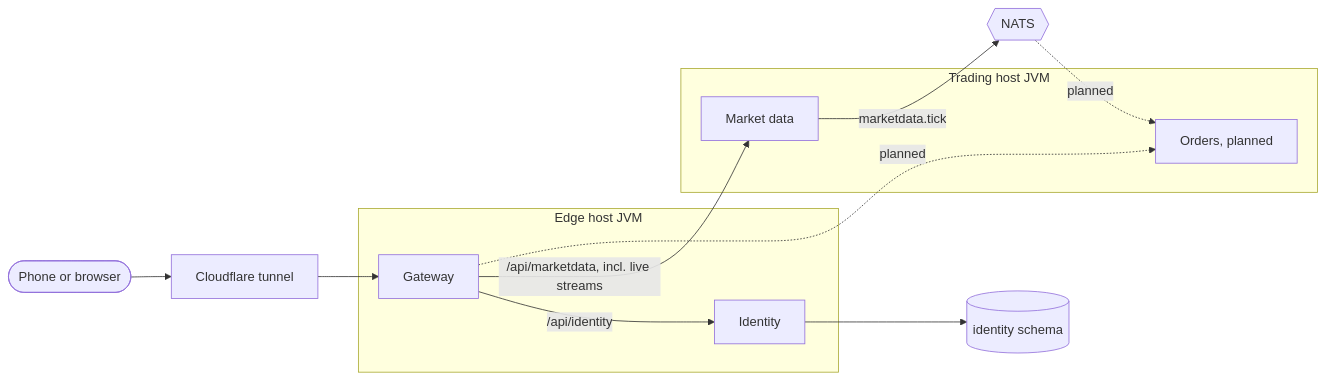
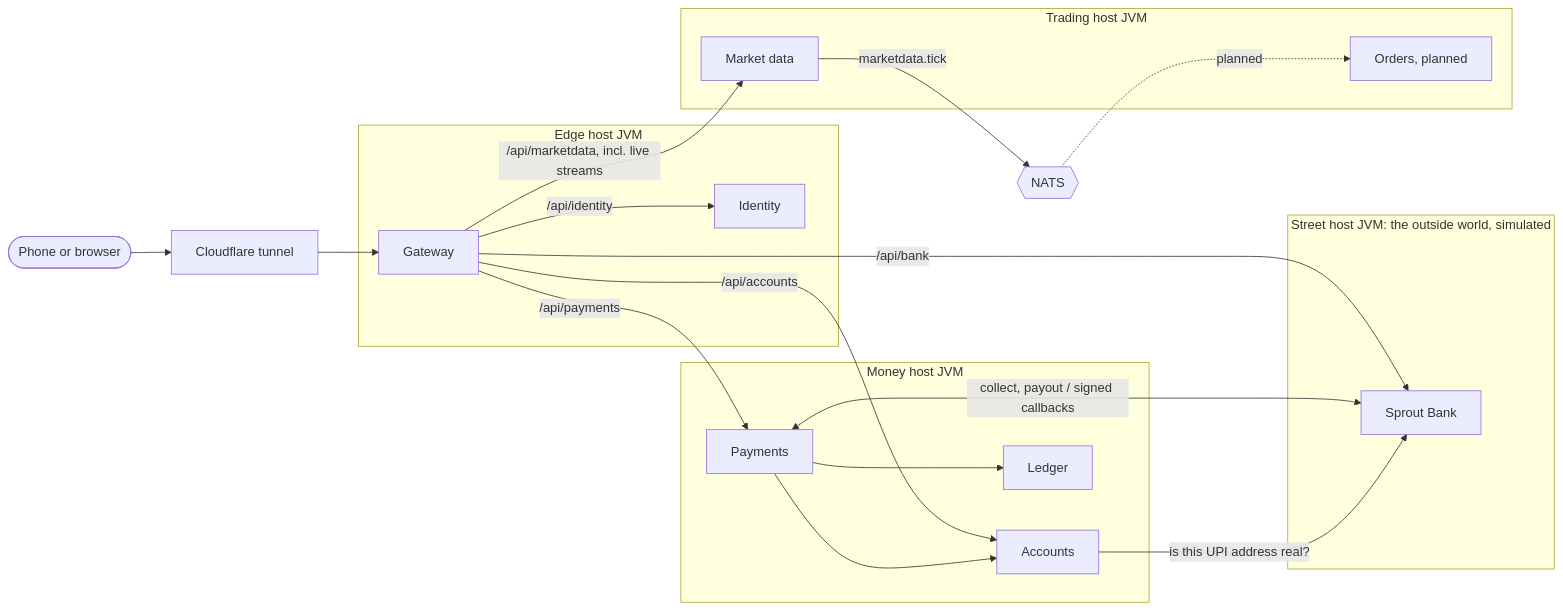
Before and after one commit to SaiNayakk/sprout-platform: the first of 3 diagrams in docs/architecture.md, drawn with Mermaid. The commit also changed other lines of this file and 50 other files, not shown here.

First line of the commit message:
Phase 2: money in and out, money and street hosts, CHAOS-04/05, RECON-01

````diff
--- a/docs/architecture.md
+++ b/docs/architecture.md
@@ -9,19 +9,32 @@
 ```mermaid
 flowchart LR
   user([Phone or browser]) --> cf[Cloudflare tunnel]
   cf --> gw[Gateway]
   subgraph edge [Edge host JVM]
     gw
     id[Identity]
   end
   subgraph trading [Trading host JVM]
     md[Market data]
     oms[Orders, planned]
   end
+  subgraph money [Money host JVM]
+    acc[Accounts]
+    pay[Payments]
+    led[Ledger]
+  end
+  subgraph street [Street host JVM: the outside world, simulated]
+    bank[Sprout Bank]
+  end
   gw -->|/api/identity| id
   gw -->|/api/marketdata, incl. live streams| md
-  gw -.->|planned| oms
-  id --> iddb[(identity schema)]
+  gw -->|/api/accounts| acc
+  gw -->|/api/payments| pay
+  gw -->|/api/bank| bank
+  pay --> led
+  pay --> acc
+  pay <-->|collect, payout / signed callbacks| bank
+  acc -->|is this UPI address real?| bank
   md -->|marketdata.tick| nats{{NATS}}
   nats -.->|planned| oms
 ```
````
